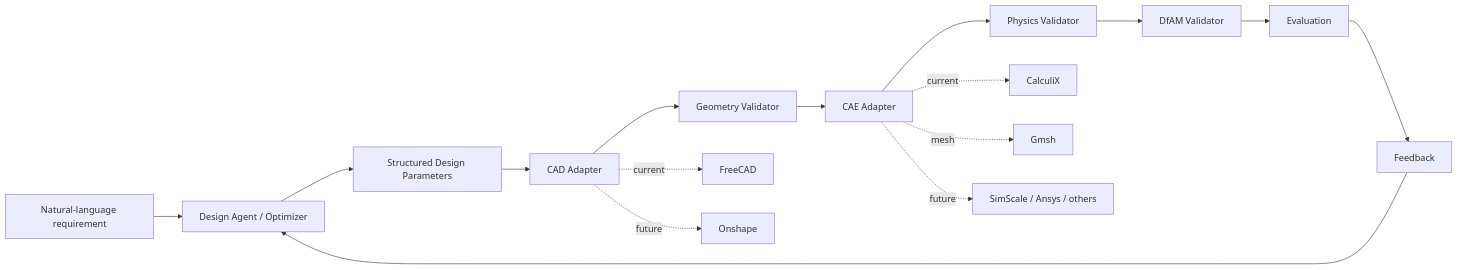
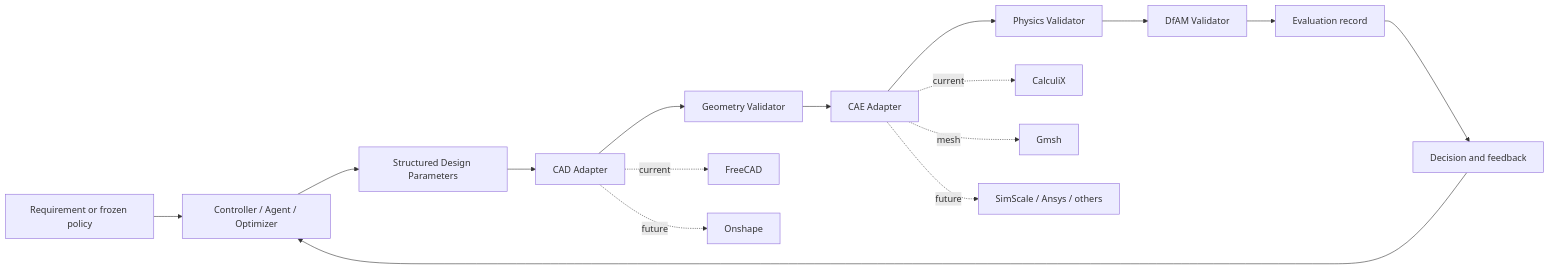
One commit to Open-Engineering-Intelligence/llm-dfam-cad-cae-loop changed the diagram in docs/system_architecture.md. Above: the diagram before and after it, drawn with Mermaid. The commit also changed other lines of this file and 22 other files, not shown here.

````diff
--- a/docs/system_architecture.md
+++ b/docs/system_architecture.md
@@ -5,19 +7,19 @@
 ```mermaid
 flowchart LR
-    A[Natural-language requirement] --> B[Design Agent / Optimizer]
+    A[Requirement or frozen policy] --> B[Controller / Agent / Optimizer]
     B --> C[Structured Design Parameters]
     C --> D[CAD Adapter]
     D --> E[Geometry Validator]
     E --> F[CAE Adapter]
     F --> G[Physics Validator]
     G --> H[DfAM Validator]
-    H --> I[Evaluation]
-    I --> J[Feedback]
+    H --> I[Evaluation record]
+    I --> J[Decision and feedback]
     J --> B
 
     D -. current .-> D1[FreeCAD]
     F -. current .-> F1[CalculiX]
     F -. mesh .-> F2[Gmsh]
     D -. future .-> D2[Onshape]
     F -. future .-> F3[SimScale / Ansys / others]
 ```
````
